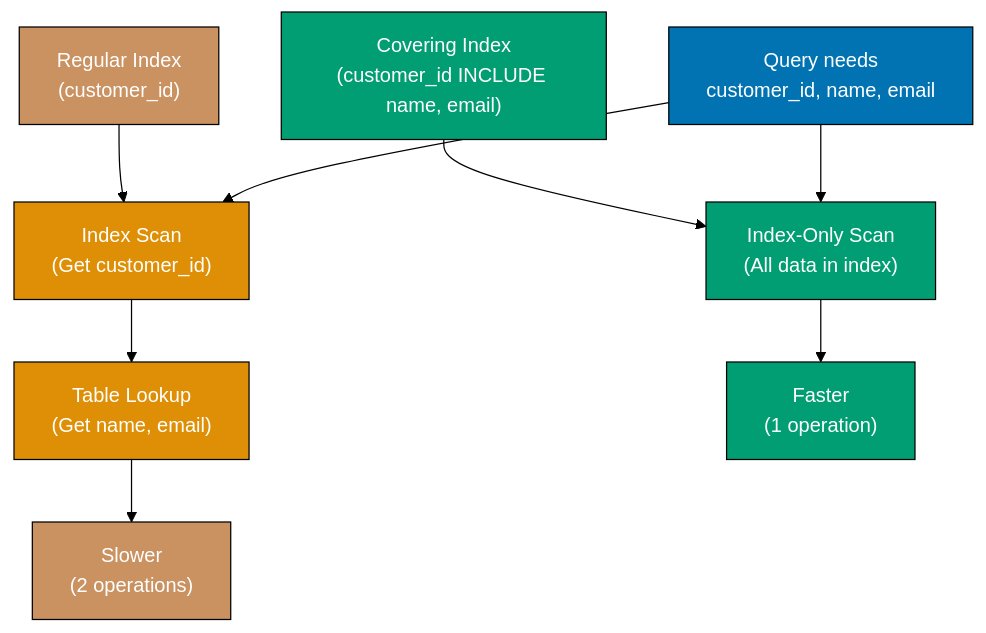
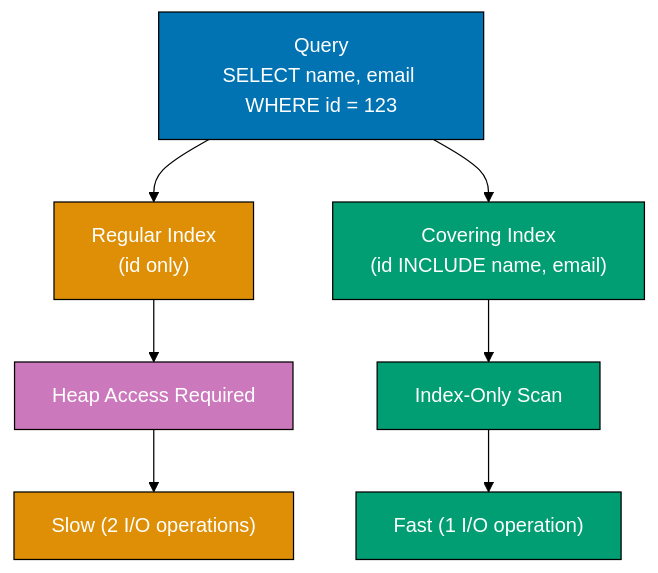
Before and after one commit to wahidyankf/open-sharia-enterprise: the fourth of 5 diagrams in apps/ayokoding-web/content/en/learn/software-engineering/data/databases/postgresql/by-example/advanced.md, drawn with Mermaid (forest theme). The commit also changed other lines of this file and 13 other files, not shown here.

````diff
--- a/apps/ayokoding-web/content/en/learn/software-engineering/data/databases/postgresql/by-example/advanced.md
+++ b/apps/ayokoding-web/content/en/learn/software-engineering/data/databases/postgresql/by-example/advanced.md
@@ -343,31 +503,26 @@
 ```mermaid
 %% Color Palette: Blue #0173B2, Orange #DE8F05, Teal #029E73, Purple #CC78BC, Brown #CA9161
 graph TD
-    A["Regular Index<br/>(customer_id)"]
-    B["Covering Index<br/>(customer_id INCLUDE name, email)"]
-    C["Query needs<br/>customer_id, name, email"]
-    D["Index Scan<br/>(Get customer_id)"]
-    E["Table Lookup<br/>(Get name, email)"]
-    F["Index-Only Scan<br/>(All data in index)"]
-    G["Slower<br/>(2 operations)"]
-    H["Faster<br/>(1 operation)"]
+    A["Query<br/>SELECT name, email WHERE id = 123"]
+    B["Regular Index<br/>(id only)"]
+    C["Covering Index<br/>(id INCLUDE name, email)"]
+    D["Heap Access Required"]
+    E["Index-Only Scan"]
+    F["Slow (2 I/O operations)"]
+    G["Fast (1 I/O operation)"]
 
-    A --> D
-    D --> E
+    A --> B
+    A --> C
+    B --> D
+    C --> E
+    D --> F
     E --> G
 
-    B --> F
-    F --> H
-
-    C --> D
-    C --> F
-
-    style A fill:#CA9161,stroke:#000,color:#fff
-    style B fill:#029E73,stroke:#000,color:#fff
-    style C fill:#0173B2,stroke:#000,color:#fff
-    style D fill:#DE8F05,stroke:#000,color:#fff
-    style E fill:#DE8F05,stroke:#000,color:#fff
-    style F fill:#029E73,stroke:#000,color:#fff
-    style G fill:#CA9161,stroke:#000,color:#fff
-    style H fill:#029E73,stroke:#000,color:#fff
+    style A fill:#0173B2,stroke:#000,color:#fff
+    style B fill:#DE8F05,stroke:#000,color:#fff
+    style C fill:#029E73,stroke:#000,color:#fff
+    style D fill:#CC78BC,stroke:#000,color:#fff
+    style E fill:#029E73,stroke:#000,color:#fff
+    style F fill:#DE8F05,stroke:#000,color:#fff
+    style G fill:#029E73,stroke:#000,color:#fff
 ```
````
